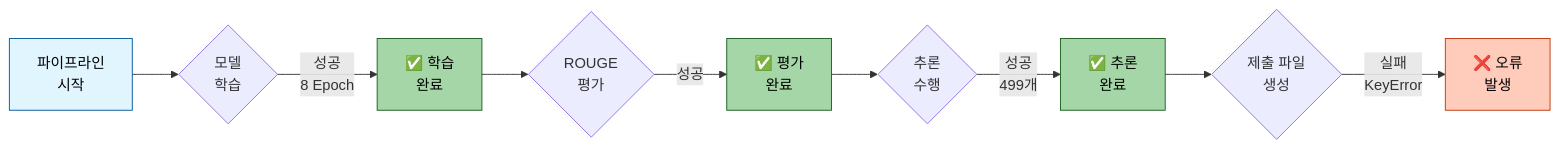
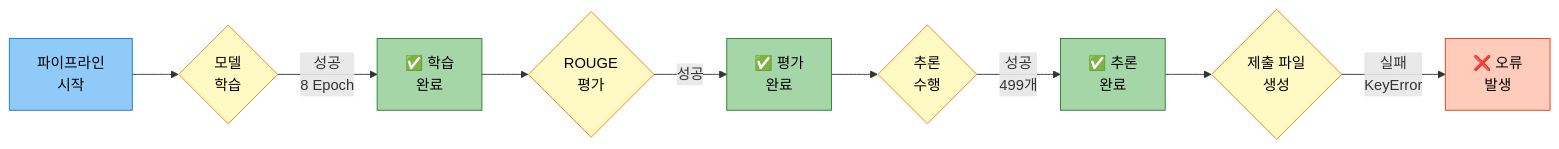
Before and after one commit to AIBootcamp14/naturallanguageprocessingcompetition-nlp-1: the third of 15 diagrams in docs/experiments/20251013_111525_strategy1_kobart_optimized_실험분석.md, drawn with Mermaid. The commit also changed other lines of this file, not shown here.

Commit message:
fix: 실험 분석 문서 mermaid 스타일 수정   - 모든 mermaid 다이어그램을 개별 노드 스타일 형식으로 변경   - subgraph 스타일 제거, 개별 노드별 색상 적용   - 20251012 문서 스타일 형식에 맞춰 통일   - experiments_style.md의 모든 예시 코드도 동일하게 수정

````diff
--- a/docs/experiments/20251013_111525_strategy1_kobart_optimized_실험분석.md
+++ b/docs/experiments/20251013_111525_strategy1_kobart_optimized_실험분석.md
@@ -104,17 +109,21 @@
 ```mermaid
 graph LR
     A[파이프라인<br/>시작] --> B{모델<br/>학습}
     B -->|성공<br/>8 Epoch| C[✅ 학습<br/>완료]
     C --> D{ROUGE<br/>평가}
     D -->|성공| E[✅ 평가<br/>완료]
     E --> F{추론<br/>수행}
     F -->|성공<br/>499개| G[✅ 추론<br/>완료]
     G --> H{제출 파일<br/>생성}
     H -->|실패<br/>KeyError| I[❌ 오류<br/>발생]
 
-    style A fill:#e1f5ff,stroke:#01579b,color:#000
-    style C fill:#a5d6a7,stroke:#1b5e20,color:#000
-    style E fill:#a5d6a7,stroke:#1b5e20,color:#000
-    style G fill:#a5d6a7,stroke:#1b5e20,color:#000
-    style I fill:#ffccbc,stroke:#bf360c,color:#000
+    style A fill:#90caf9,stroke:#1976d2,color:#000
+    style B fill:#fff9c4,stroke:#f57f17,color:#000
+    style C fill:#a5d6a7,stroke:#2e7d32,color:#000
+    style D fill:#fff9c4,stroke:#f57f17,color:#000
+    style E fill:#a5d6a7,stroke:#2e7d32,color:#000
+    style F fill:#fff9c4,stroke:#f57f17,color:#000
+    style G fill:#a5d6a7,stroke:#2e7d32,color:#000
+    style H fill:#fff9c4,stroke:#f57f17,color:#000
+    style I fill:#ffccbc,stroke:#d84315,color:#000
 ```
````
